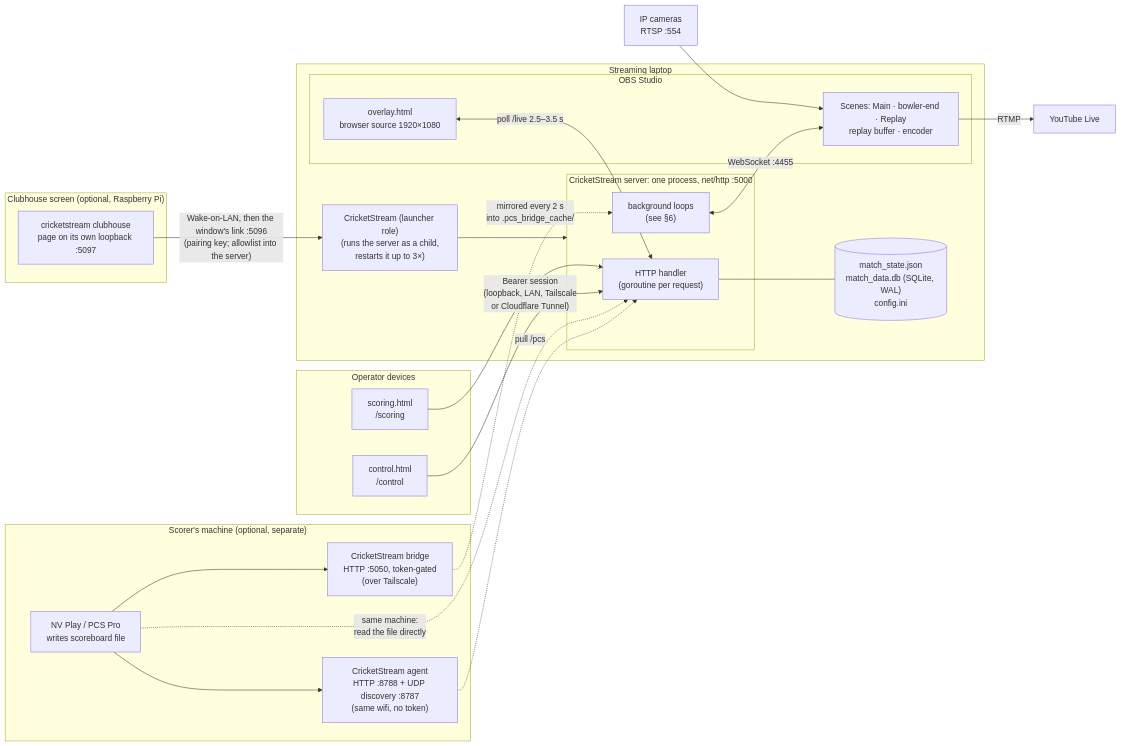
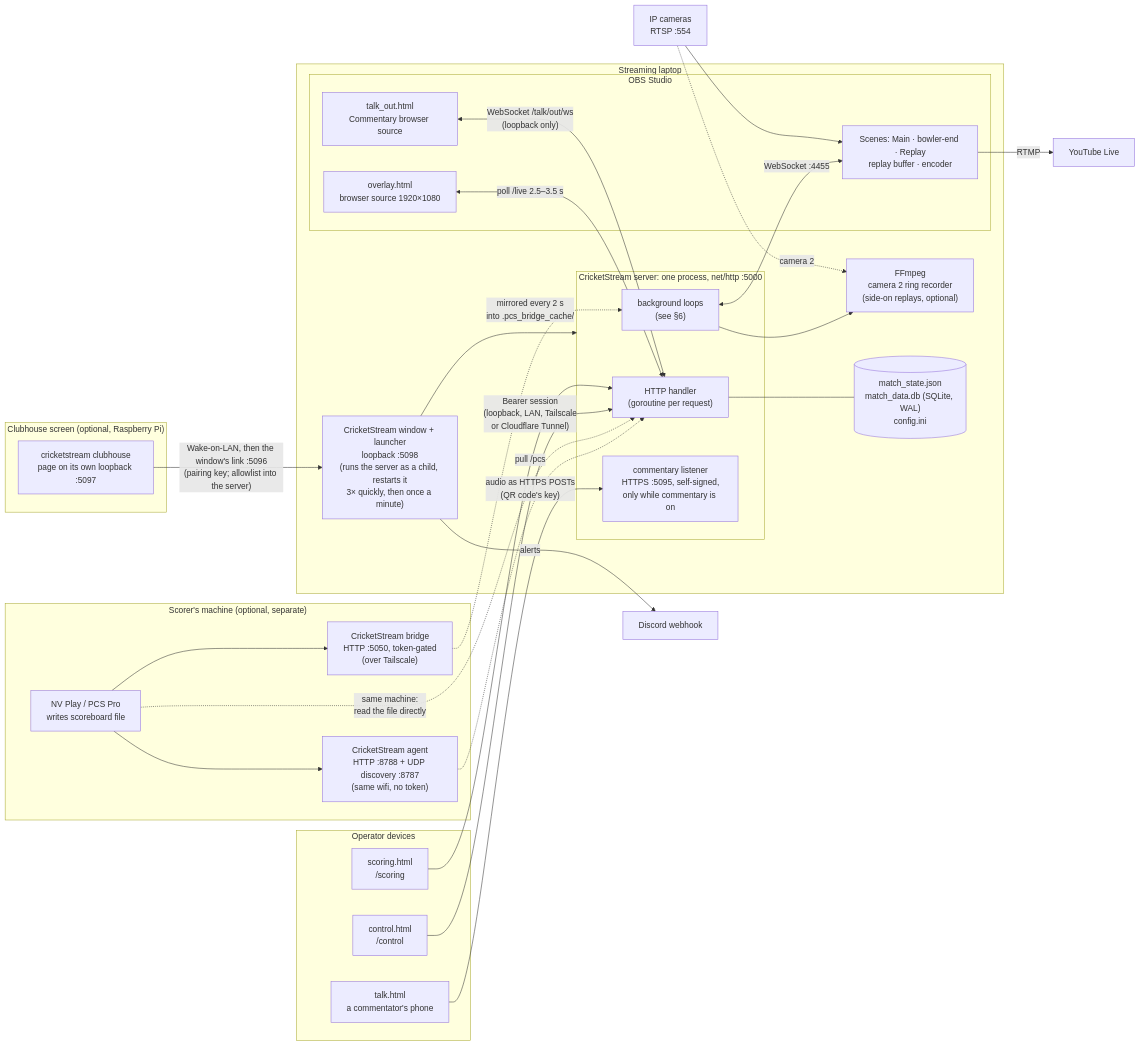
Before and after one commit to BridestoweBelstoneCC/Cricket-Live-Stream: the second of 9 diagrams in ARCHITECTURE.md, drawn with Mermaid. The commit also changed other lines of this file and 8 other files, not shown here.

````diff
--- a/ARCHITECTURE.md
+++ b/ARCHITECTURE.md
@@ -83,45 +88,54 @@
 ```mermaid
 flowchart LR
     subgraph SCORE["Scorer's machine (optional, separate)"]
         nv["NV Play / PCS Pro<br/>writes scoreboard file"]
         agent["CricketStream agent<br/>HTTP :8788 + UDP discovery :8787<br/>(same wifi, no token)"]
         bridge["CricketStream bridge<br/>HTTP :5050, token-gated<br/>(over Tailscale)"]
         nv --> agent
         nv --> bridge
     end
 
     subgraph STREAM["Streaming laptop"]
-        launcher["CricketStream (launcher role)<br/>(runs the server as a child,<br/>restarts it up to 3×)"]
+        launcher["CricketStream window + launcher<br/>loopback :5098<br/>(runs the server as a child, restarts it<br/>3× quickly, then once a minute)"]
         subgraph PY["CricketStream server: one process, net/http :5000"]
             http["HTTP handler<br/>(goroutine per request)"]
             bg["background loops<br/>(see §6)"]
+            talk["commentary listener<br/>HTTPS :5095, self-signed,<br/>only while commentary is on"]
         end
         subgraph OBSBOX["OBS Studio"]
             ov["overlay.html<br/>browser source 1920×1080"]
+            tout["talk_out.html<br/>Commentary browser source"]
             scenes["Scenes: Main · bowler-end · Replay<br/>replay buffer · encoder"]
         end
+        side["FFmpeg<br/>camera 2 ring recorder<br/>(side-on replays, optional)"]
         files[("match_state.json<br/>match_data.db (SQLite, WAL)<br/>config.ini")]
         launcher --> PY
         ov <-->|"poll /live 2.5–3.5 s"| http
+        tout <-->|"WebSocket /talk/out/ws<br/>(loopback only)"| http
         bg <-->|"WebSocket :4455"| scenes
+        bg --> side
         http --- files
     end
 
     subgraph OPS["Operator devices"]
         panel["control.html<br/>/control"]
         phone["scoring.html<br/>/scoring"]
+        mic["talk.html<br/>a commentator's phone"]
     end
 
     subgraph PI["Clubhouse screen (optional, Raspberry Pi)"]
         chscreen["cricketstream clubhouse<br/>page on its own loopback :5097"]
     end
 
     cams["IP cameras<br/>RTSP :554"] --> scenes
+    cams -. "camera 2" .-> side
     agent -. "pull /pcs" .-> http
     bridge -. "mirrored every 2 s<br/>into .pcs_bridge_cache/" .-> bg
     nv -. "same machine:<br/>read the file directly" .-> http
     panel -- "Bearer session<br/>(loopback, LAN, Tailscale<br/>or Cloudflare Tunnel)" --> http
     phone --> http
+    mic -- "audio as HTTPS POSTs<br/>(QR code's key)" --> talk
+    launcher -- "alerts" --> dc["Discord webhook"]
     chscreen -- "Wake-on-LAN, then the window's link :5096<br/>(pairing key; allowlist into the server)" --> launcher
     scenes -- "RTMP" --> yt["YouTube Live"]
 ```
````
